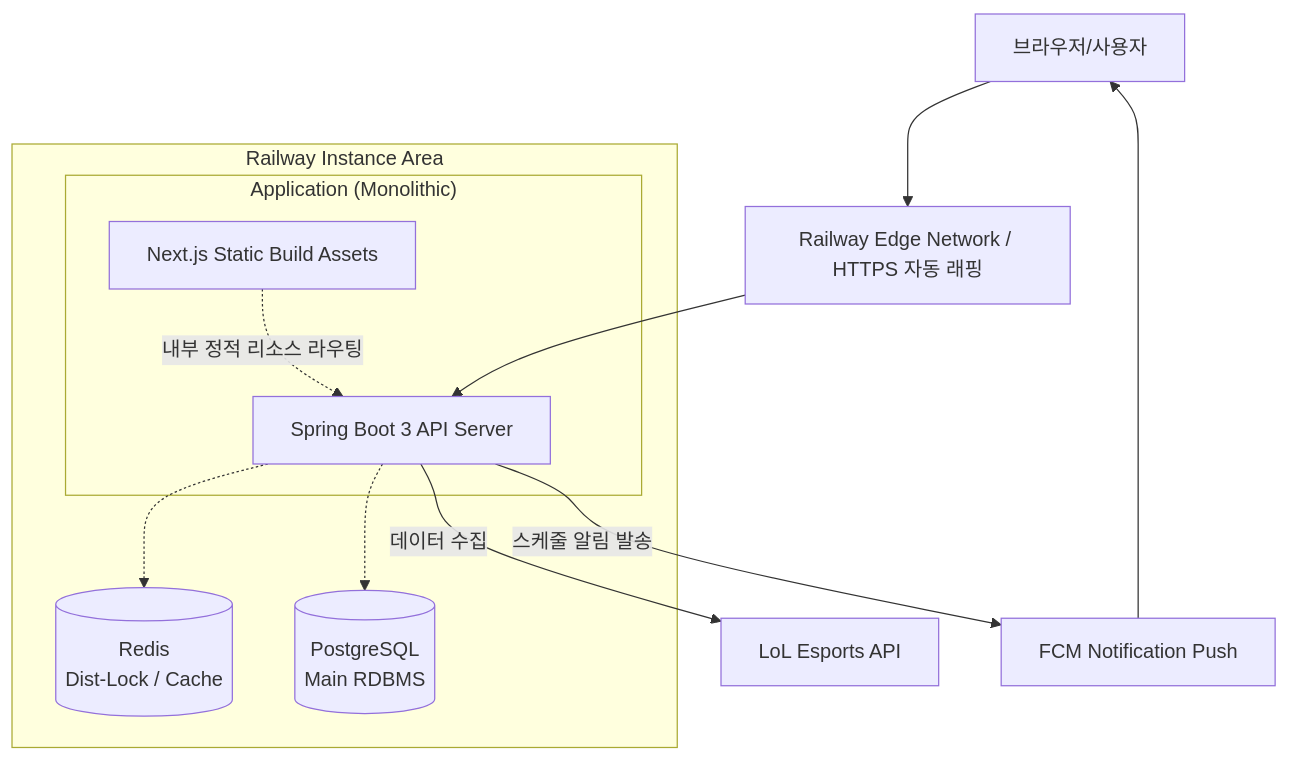
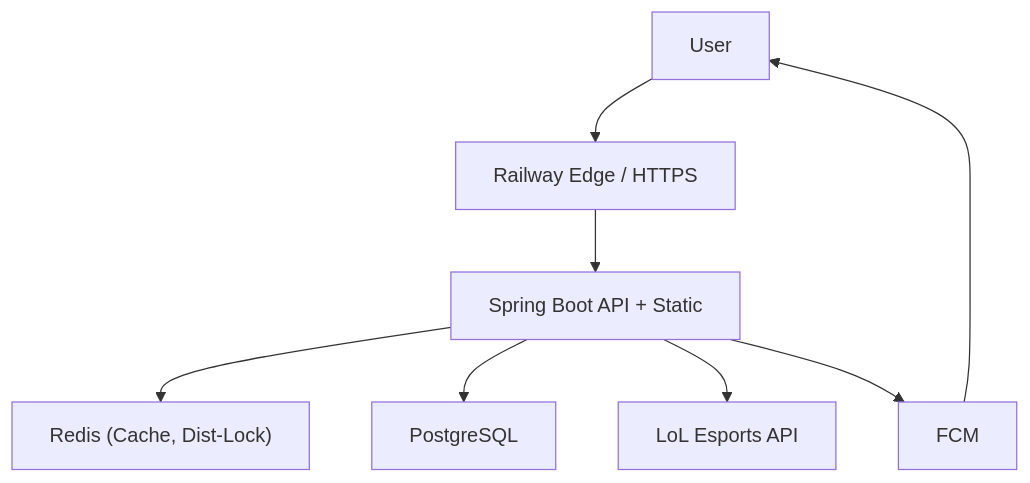
One commit to ji1007k/jilolgg-monolith changed the diagram in README.md. Above: the diagram before and after it, drawn with Mermaid. The commit also changed other lines of this file and 5 other files, not shown here.

````diff
--- a/README.md
+++ b/README.md
@@ -72,24 +48,10 @@
 ```mermaid
 graph TD
-    User[브라우저/사용자] --> RailwayEdge[Railway Edge Network / HTTPS 자동 래핑]
-    
-    subgraph "Railway Instance Area"
-        subgraph "Application (Monolithic)"
-            NextApp[Next.js Static Build Assets]
-            Backend[Spring Boot 3 API Server]
-            NextApp -.-> |내부 정적 리소스 라우팅| Backend
-        end
-        Redis[(Redis<br/>Dist-Lock / Cache)]
-        PostgreSQL[(PostgreSQL<br/>Main RDBMS)]
-    end
-    
-    FCM[FCM Notification Push]
-    LoLAPI[LoL Esports API]
-    
-    RailwayEdge --> Backend
-    Backend -.-> Redis
-    Backend -.-> PostgreSQL
-    Backend --> |데이터 수집| LoLAPI
-    Backend --> |스케줄 알림 발송| FCM
-    FCM --> User
+  U["User"] --> E["Railway Edge / HTTPS"]
+  E --> B["Spring Boot API + Static"]
+  B --> R["Redis (Cache, Dist-Lock)"]
+  B --> P["PostgreSQL"]
+  B --> L["LoL Esports API"]
+  B --> F["FCM"]
+  F --> U
 ```
````
